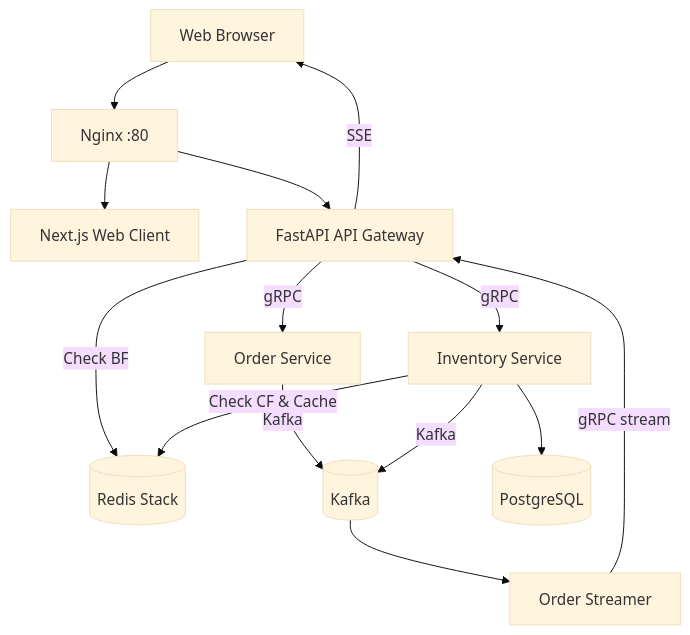
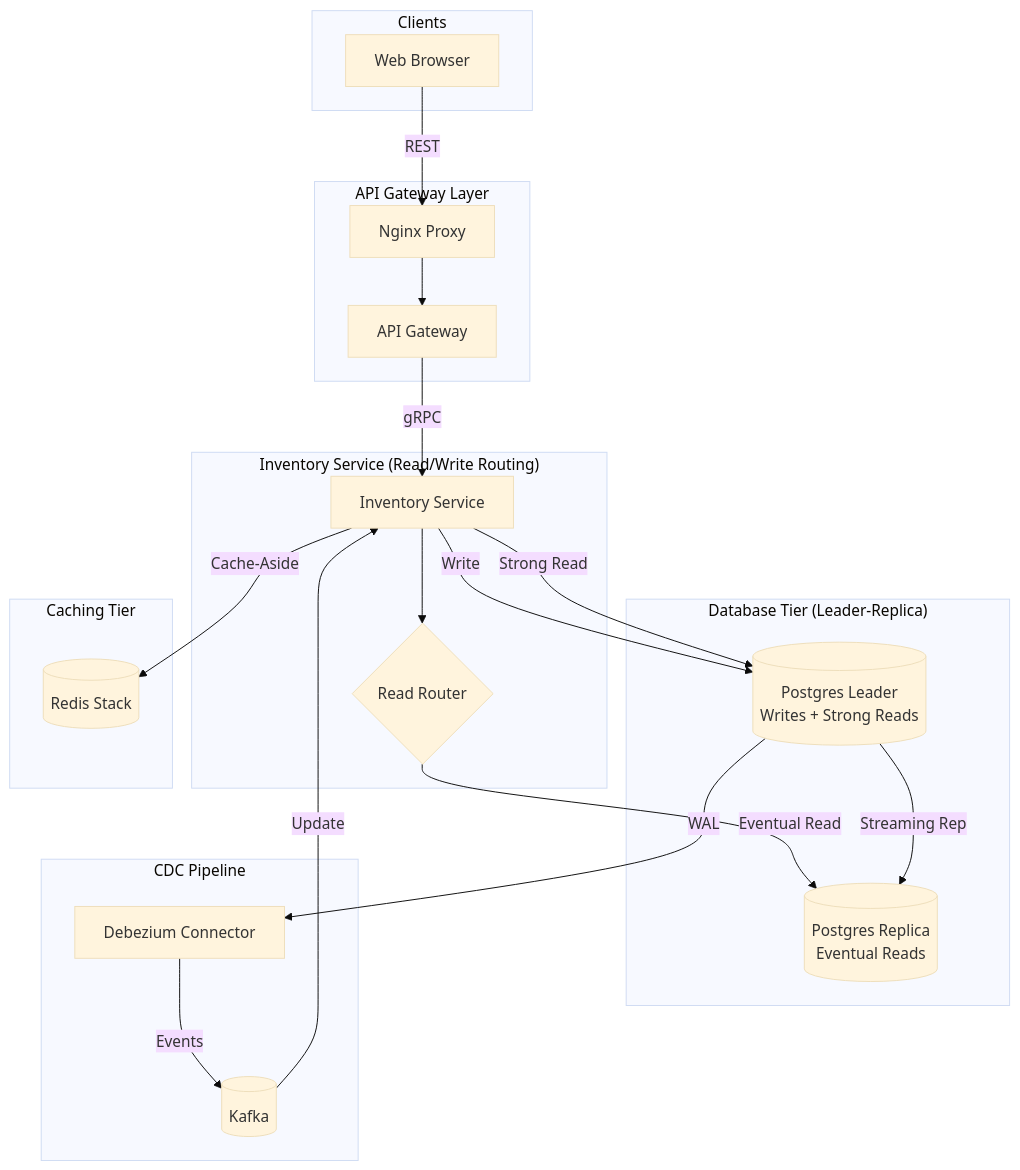
Before and after one commit to sairam0424/gRPC-micro-services: the diagram in order-processing-system/README.md, drawn with Mermaid (base theme). The commit also changed other lines of this file and 7 other files, not shown here.

Commit message:
feat: Implement Change Data Capture (CDC) with Debezium and Kafka, and Leader-Replica database architecture with read/write splitting for the inventory service.

````diff
--- a/order-processing-system/README.md
+++ b/order-processing-system/README.md
@@ -19,16 +19,49 @@
 ```mermaid
-graph TD
-    Client[Web Browser] --> Proxy[Nginx :80]
-    Proxy --> Web[Next.js Web Client]
-    Proxy --> API[FastAPI API Gateway]
-    API -->|gRPC| Order[Order Service]
-    API -->|gRPC| Inventory[Inventory Service]
-    API -->|Check BF| Redis[(Redis Stack)]
-    Inventory -->|Check CF & Cache| Redis
-    Order -->|Kafka| Kafka[(Kafka)]
-    Inventory -->|Kafka| Kafka
-    Kafka --> Streamer[Order Streamer]
-    Streamer -->|gRPC stream| API
-    API -->|SSE| Client
-    Inventory --> DB[(PostgreSQL)]
+flowchart TD
+    subgraph "Clients"
+        Client[Web Browser]
+    end
+
+    subgraph "API Gateway Layer"
+        Proxy[Nginx Proxy]
+        Gateway[API Gateway]
+    end
+
+    subgraph "Inventory Service (Read/Write Routing)"
+        Inventory[Inventory Service]
+        ReadRouter{Read Router}
+    end
+
+    subgraph "Database Tier (Leader-Replica)"
+        LeaderDB[(Postgres Leader\nWrites + Strong Reads)]
+        ReplicaDB[(Postgres Replica\nEventual Reads)]
+    end
+
+    subgraph "CDC Pipeline"
+        Debezium[Debezium Connector]
+        Kafka[(Kafka)]
+    end
+
+    subgraph "Caching Tier"
+        Redis[(Redis Stack)]
+    end
+
+    %% Flow
+    Client -->|REST| Proxy
+    Proxy --> Gateway
+    Gateway -->|gRPC| Inventory
+    
+    Inventory -->|Write| LeaderDB
+    Inventory -->|Strong Read| LeaderDB
+    Inventory --> ReadRouter
+    ReadRouter -->|Eventual Read| ReplicaDB
+
+    %% Replication & CDC
+    LeaderDB -->|Streaming Rep| ReplicaDB
+    LeaderDB -->|WAL| Debezium
+    Debezium -->|Events| Kafka
+    Kafka -->|Update| Inventory
+    
+    %% Caching
+    Inventory -->|Cache-Aside| Redis
 ```
````
